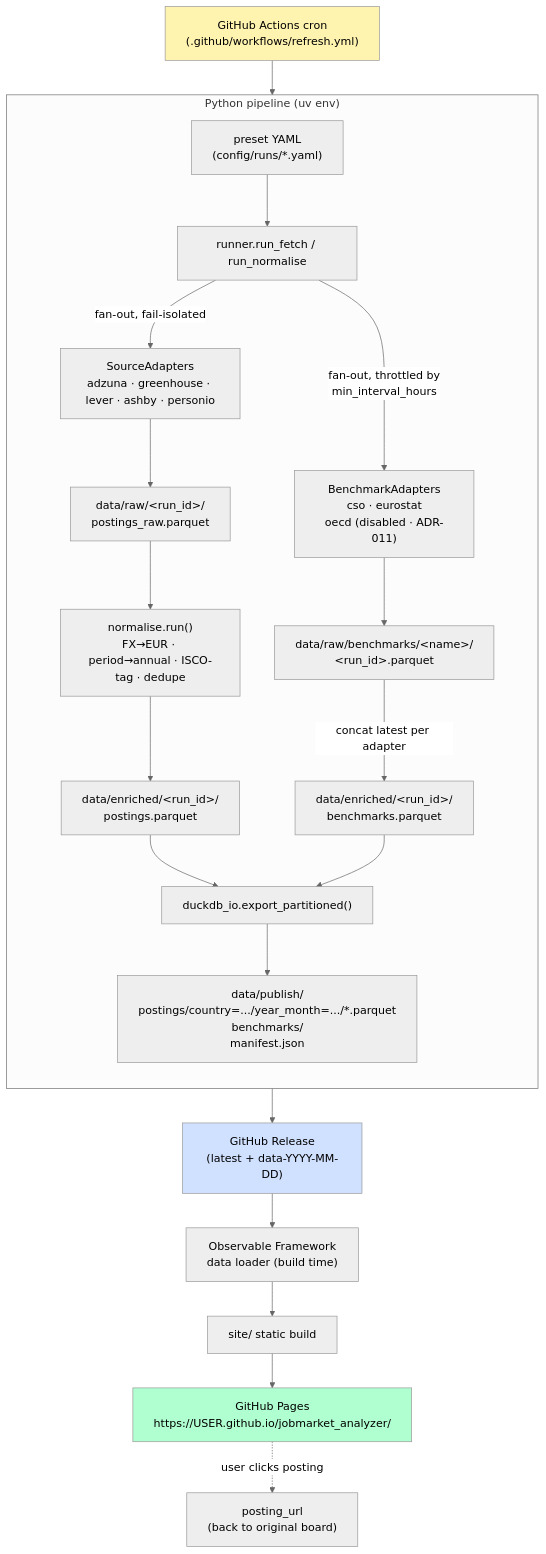
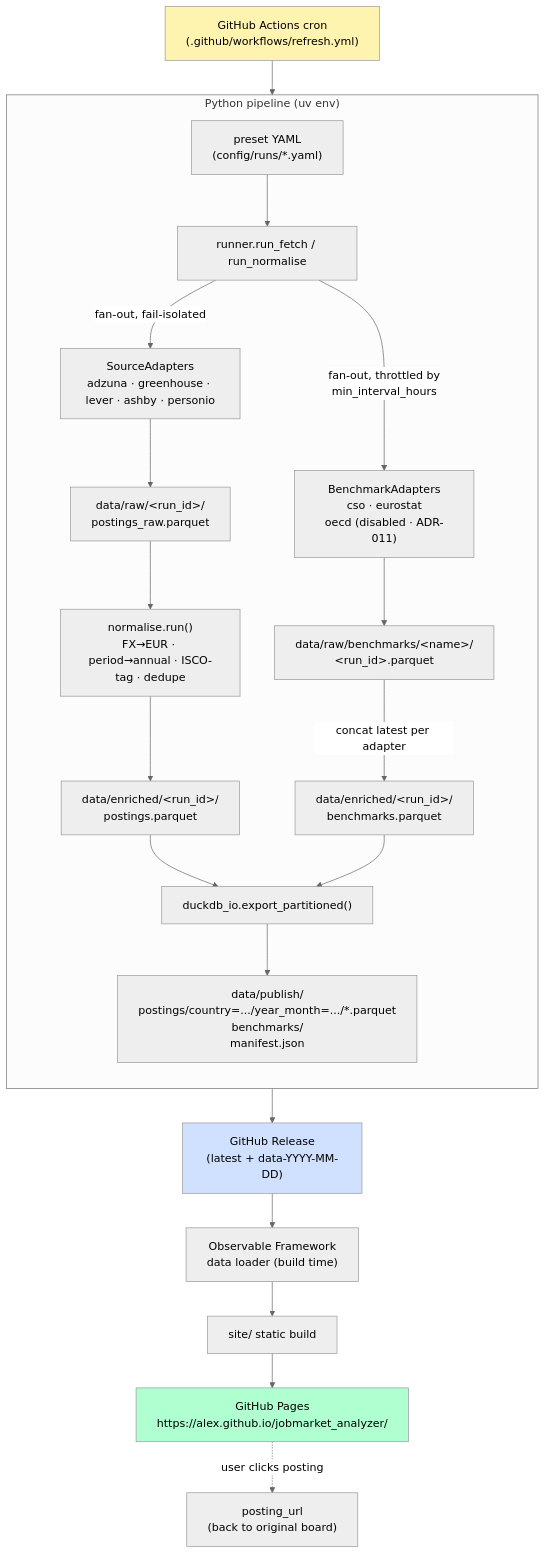
Before and after one commit to alex-wu/jobmarket_analyzer: the diagram in docs/architecture.md, drawn with Mermaid (neutral theme). The commit also changed 11 other files, not shown here.

````diff
--- a/docs/architecture.md
+++ b/docs/architecture.md
@@ -7,29 +7,29 @@
 ```mermaid
 flowchart TD
     cron["GitHub Actions cron<br/>(.github/workflows/refresh.yml)"] --> runner
 
     subgraph pipeline["Python pipeline (uv env)"]
         direction TB
         preset["preset YAML<br/>(config/runs/*.yaml)"] --> runner["runner.run_fetch / run_normalise"]
         runner -->|fan-out, fail-isolated| sources["SourceAdapters<br/>adzuna · greenhouse · lever · ashby · personio"]
         sources --> raw["data/raw/&lt;run_id&gt;/<br/>postings_raw.parquet"]
         runner -->|fan-out, throttled by<br/>min_interval_hours| bench["BenchmarkAdapters<br/>cso · eurostat<br/>oecd (disabled · ADR-011)"]
         bench --> benchraw["data/raw/benchmarks/&lt;name&gt;/<br/>&lt;run_id&gt;.parquet"]
         raw --> normalise["normalise.run()<br/>FX→EUR · period→annual · ISCO-tag · dedupe"]
         normalise --> enriched["data/enriched/&lt;run_id&gt;/<br/>postings.parquet"]
         benchraw -->|concat latest per adapter| enrichedbench["data/enriched/&lt;run_id&gt;/<br/>benchmarks.parquet"]
         enriched --> publish["duckdb_io.export_partitioned()"]
         enrichedbench --> publish
         publish --> bundle["data/publish/<br/>postings/country=.../year_month=.../*.parquet<br/>benchmarks/<br/>manifest.json"]
     end
 
     bundle --> release["GitHub Release<br/>(latest + data-YYYY-MM-DD)"]
     release --> loader["Observable Framework<br/>data loader (build time)"]
     loader --> site["site/ static build"]
-    site --> pages["GitHub Pages<br/>https://USER.github.io/jobmarket_analyzer/"]
+    site --> pages["GitHub Pages<br/>https://alex.github.io/jobmarket_analyzer/"]
     pages -.->|user clicks posting| source_url["posting_url<br/>(back to original board)"]
 
     style cron fill:#fff3b0
     style pages fill:#b0ffd0
     style release fill:#d0e0ff
 ```
````
